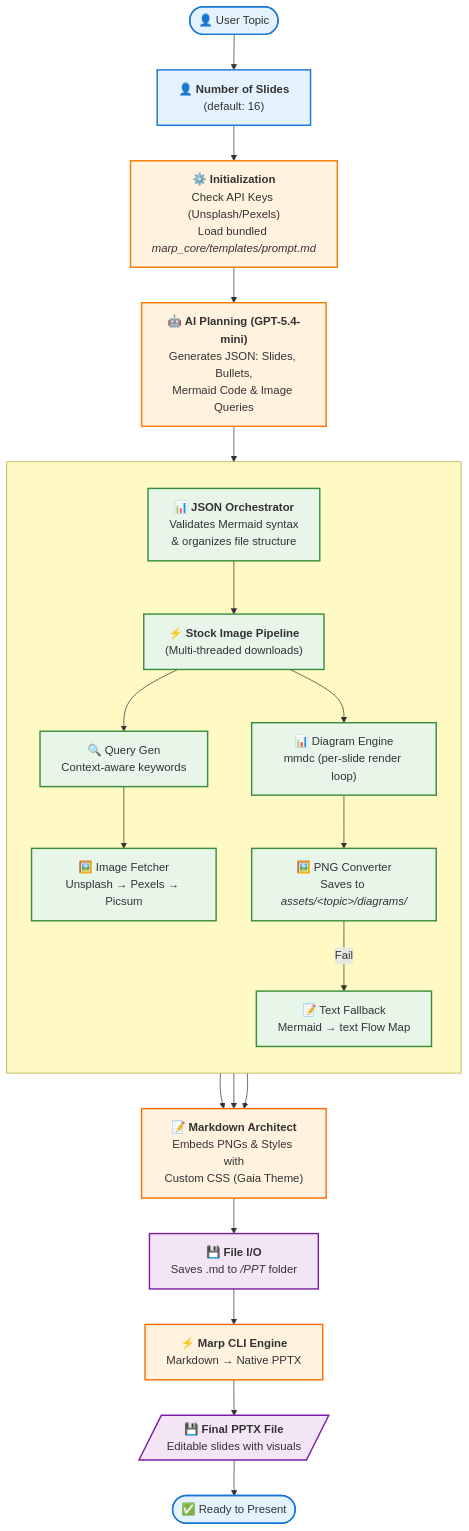
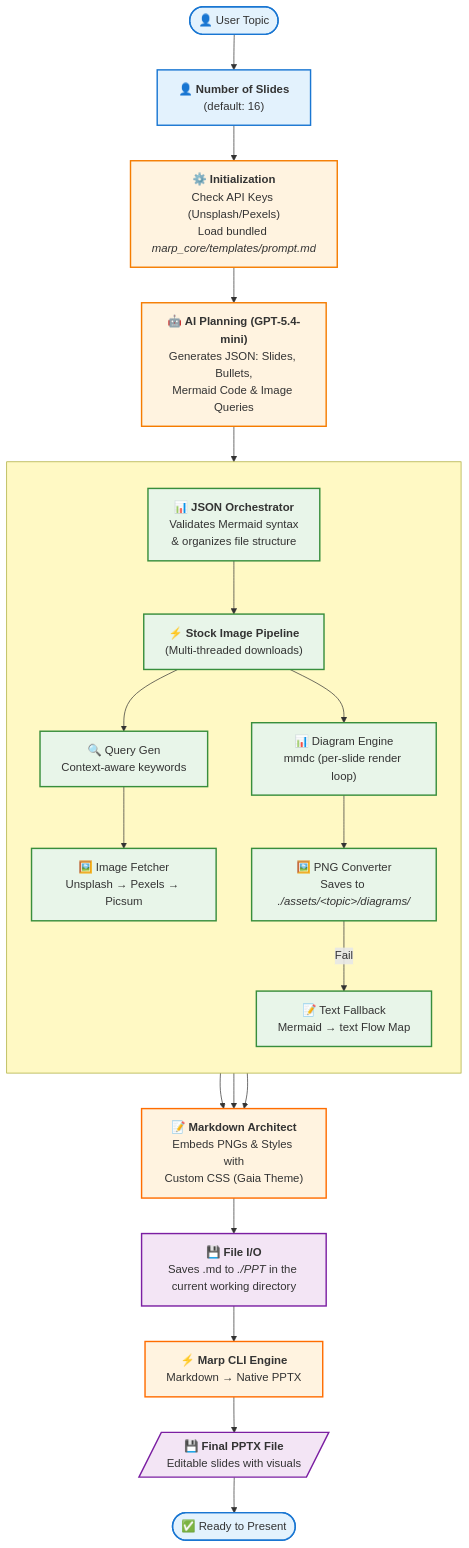
Before and after one commit to soumadip1/ai-marp-slidegen: the diagram in md/flow_diagram.md, drawn with Mermaid. The commit also changed 9 other files, not shown here.

````diff
--- a/md/flow_diagram.md
+++ b/md/flow_diagram.md
@@ -5,54 +5,54 @@
 ```mermaid
 flowchart TB
  subgraph ThreadPool[" "]
      direction TB
         T1["⚡ <b>Stock Image Pipeline</b><br>(Multi-threaded downloads)"]
         Parse["📊 <b>JSON Orchestrator</b><br>Validates Mermaid syntax<br>&amp; organizes file structure"]
         F1["🔍 Query Gen<br>Context-aware keywords"]
         F2["🖼️ Image Fetcher<br>Unsplash → Pexels → Picsum"]
         M1["📊 Diagram Engine<br>mmdc (per-slide render loop)"]
-        M2["🖼️ PNG Converter<br>Saves to <i>assets/&lt;topic&gt;/diagrams/</i>"]
+        M2["🖼️ PNG Converter<br>Saves to <i>./assets/&lt;topic&gt;/diagrams/</i>"]
         Fallback["📝 Text Fallback<br>Mermaid → text Flow Map"]
   end
     Start(["👤 User Topic"]) --> NumSlides["👤 <b>Number of Slides</b><br>(default: 16)"]
     NumSlides --> API["⚙️ <b>Initialization</b><br>Check API Keys (Unsplash/Pexels)<br>Load bundled <i>marp_core/templates/prompt.md</i>"]
     API --> GPT["🤖 <b>AI Planning (GPT-5.4-mini)</b><br>Generates JSON: Slides, Bullets,<br>Mermaid Code &amp; Image Queries"]
     GPT --> Parse
     Parse --> T1
     T1 --> F1 & M1
     F1 --> F2
     M1 --> M2
     M2 -- Fail --> Fallback
     F2 --> MD["📝 <b>Markdown Architect</b><br>Embeds PNGs &amp; Styles with<br>Custom CSS (Gaia Theme)"]
     M2 --> MD
     Fallback --> MD
-    MD --> Save["💾 <b>File I/O</b><br>Saves .md to <i>/PPT</i> folder"]
+    MD --> Save["💾 <b>File I/O</b><br>Saves .md to <i>./PPT</i> in the current working directory"]
     Save --> Marp["⚡ <b>Marp CLI Engine</b><br>Markdown → Native PPTX"]
     Marp --> Final[/"💾 <b>Final PPTX File</b><br>Editable slides with visuals"/]
     Final --> End(["✅ Ready to Present"])
 
      T1:::engine
      Parse:::tech
      F1:::engine
      F2:::engine
      M1:::engine
      M2:::engine
      Fallback:::engine
      Start:::user
      NumSlides:::user
      API:::tech
      GPT:::tech
      MD:::engine
      Save:::output
      Marp:::engine
      Final:::output
      End:::user
     classDef user fill:#e3f2fd,stroke:#1976d2,stroke-width:2px
     classDef tech fill:#fff3e0,stroke:#f57c00,stroke-width:2px
     classDef engine fill:#e8f5e9,stroke:#388e3c,stroke-width:2px
     classDef output fill:#f3e5f5,stroke:#7b1fa2,stroke-width:2px
     style Parse stroke:#388e3c,fill:#e8f5e9,stroke-width:2px,stroke-dasharray: 0
     style MD fill:#fff3e0,stroke:#FF6D00
     style Marp stroke:#FF6D00,fill:#fff3e0
     style ThreadPool fill:#FFF9C4
 ```
````
